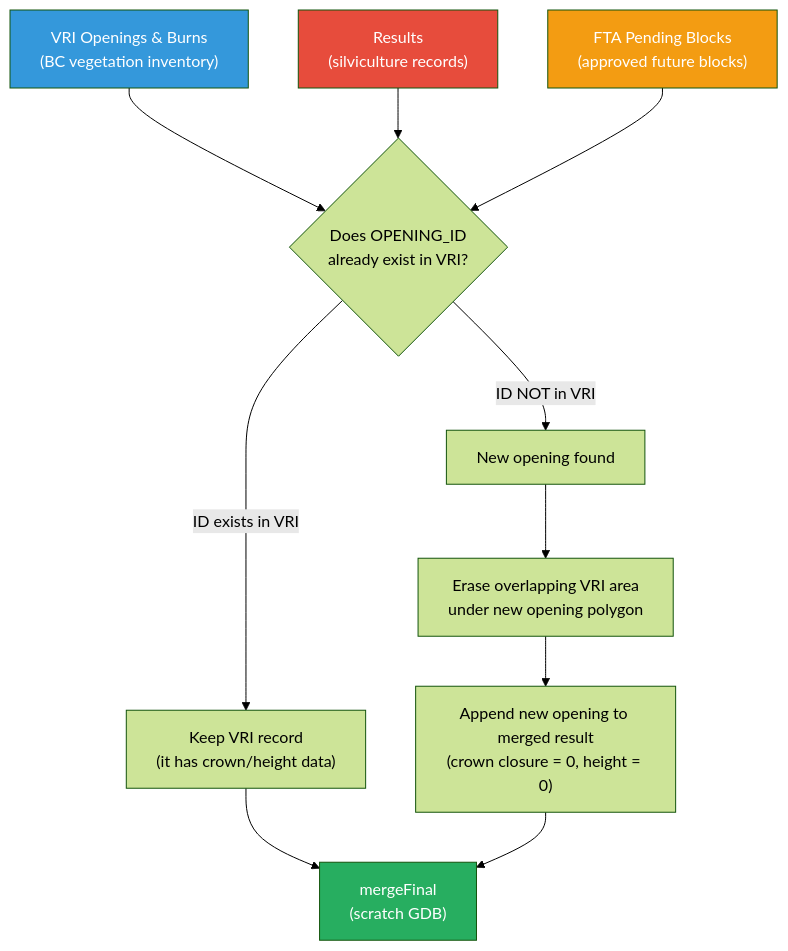
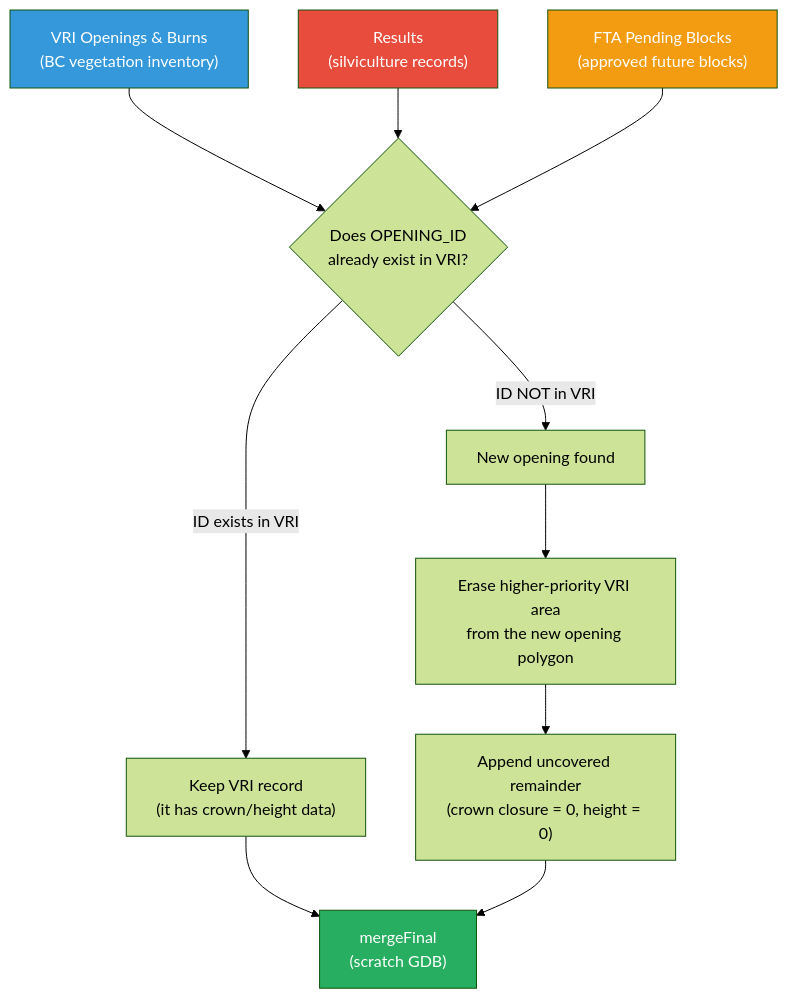
One commit to arkenmap-com/ECA changed the ninth of 14 diagrams in README.md. Above: the diagram before and after it, drawn with Mermaid (forest theme). The commit also changed other lines of this file and 3 other files, not shown here.

Commit message:
Give VRI strict opening precedence

````diff
--- a/README.md
+++ b/README.md
@@ -725,19 +725,19 @@
 ```mermaid
 flowchart TD
     VRI["VRI Openings & Burns<br/>(BC vegetation inventory)"] --> CHECK{"Does OPENING_ID<br/>already exist in VRI?"}
     RESULTS["Results<br/>(silviculture records)"] --> CHECK
     FTA["FTA Pending Blocks<br/>(approved future blocks)"] --> CHECK
 
     CHECK -->|"ID exists in VRI"| KEEP["Keep VRI record<br/>(it has crown/height data)"]
     CHECK -->|"ID NOT in VRI"| NEW["New opening found"]
-    NEW --> ERASE["Erase overlapping VRI area<br/>under new opening polygon"]
-    ERASE --> APPEND["Append new opening to merged result<br/>(crown closure = 0, height = 0)"]
+    NEW --> ERASE["Erase higher-priority VRI area<br/>from the new opening polygon"]
+    ERASE --> APPEND["Append uncovered remainder<br/>(crown closure = 0, height = 0)"]
 
     KEEP --> FINAL["mergeFinal<br/>(scratch GDB)"]
     APPEND --> FINAL
 
     style VRI fill:#3498db,color:#fff
     style RESULTS fill:#e74c3c,color:#fff
     style FTA fill:#f39c12,color:#fff
     style FINAL fill:#27ae60,color:#fff
 ```
````
